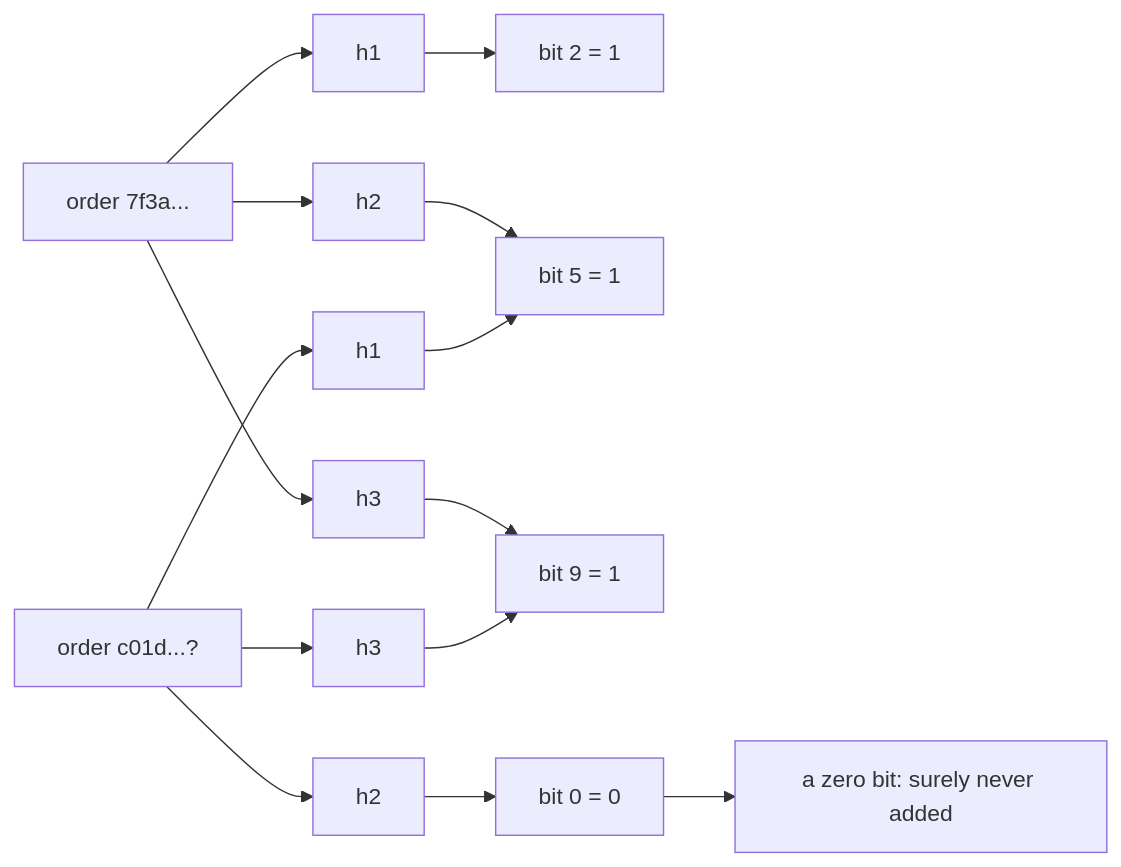
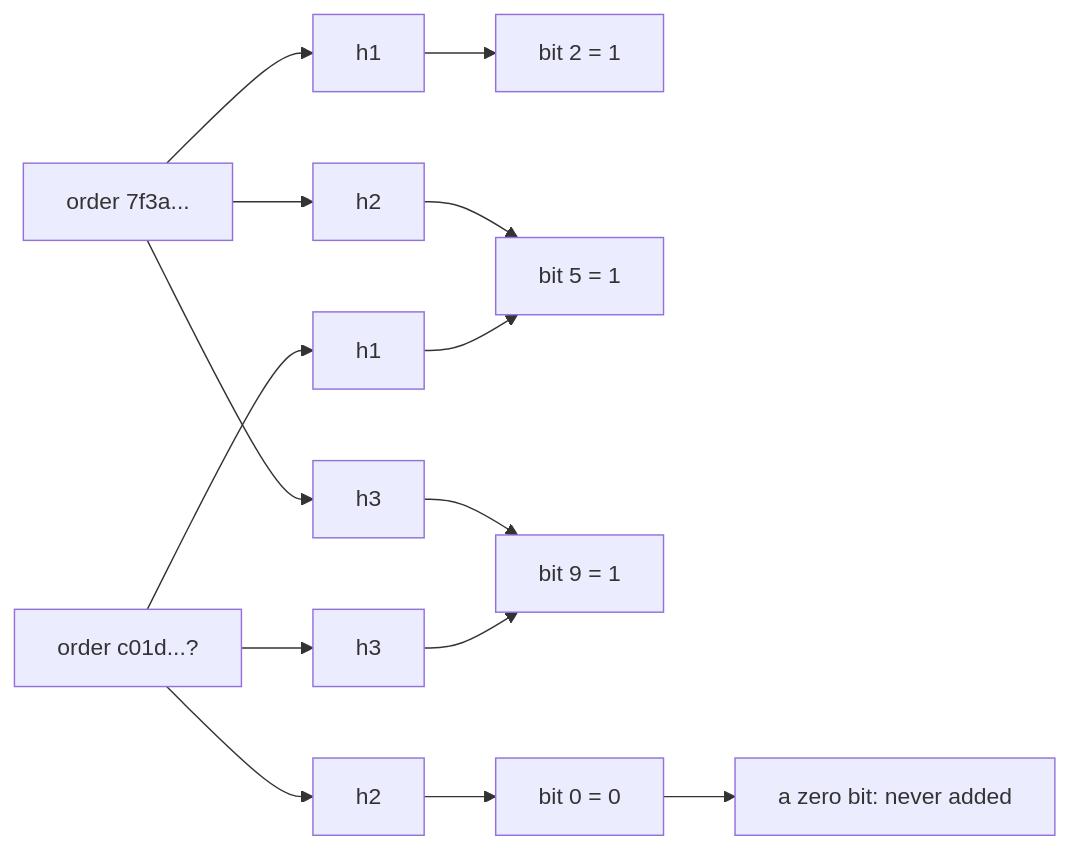
Before and after one commit to johankees/software-engineering-tutor: the first of 2 diagrams in docs/algorithms/probabilistic-structures.md, drawn with Mermaid. The commit also changed other lines of this file and 118 other files, not shown here.

````diff
--- a/docs/algorithms/probabilistic-structures.md
+++ b/docs/algorithms/probabilistic-structures.md
@@ -24,12 +24,12 @@
 ```mermaid
 flowchart LR
     A["order 7f3a..."] --> H1["h1"] & H2["h2"] & H3["h3"]
     H1 --> B2["bit 2 = 1"]
     H2 --> B5["bit 5 = 1"]
     H3 --> B9["bit 9 = 1"]
     Q["order c01d...?"] --> G1["h1"] & G2["h2"] & G3["h3"]
     G1 --> B5
     G2 --> B0["bit 0 = 0"]
     G3 --> B9
-    B0 --> N["a zero bit: surely never added"]
+    B0 --> N["a zero bit: never added"]
 ```
````
